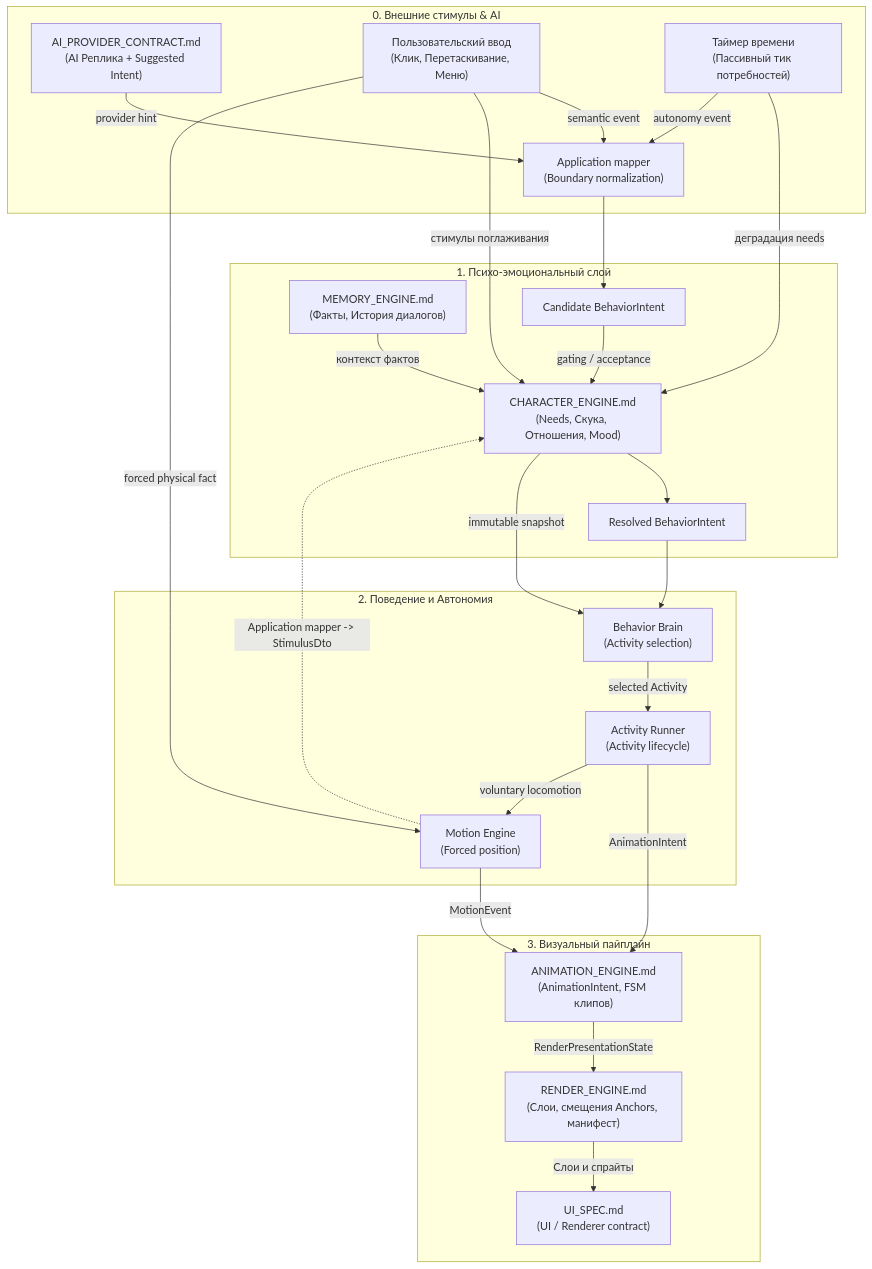
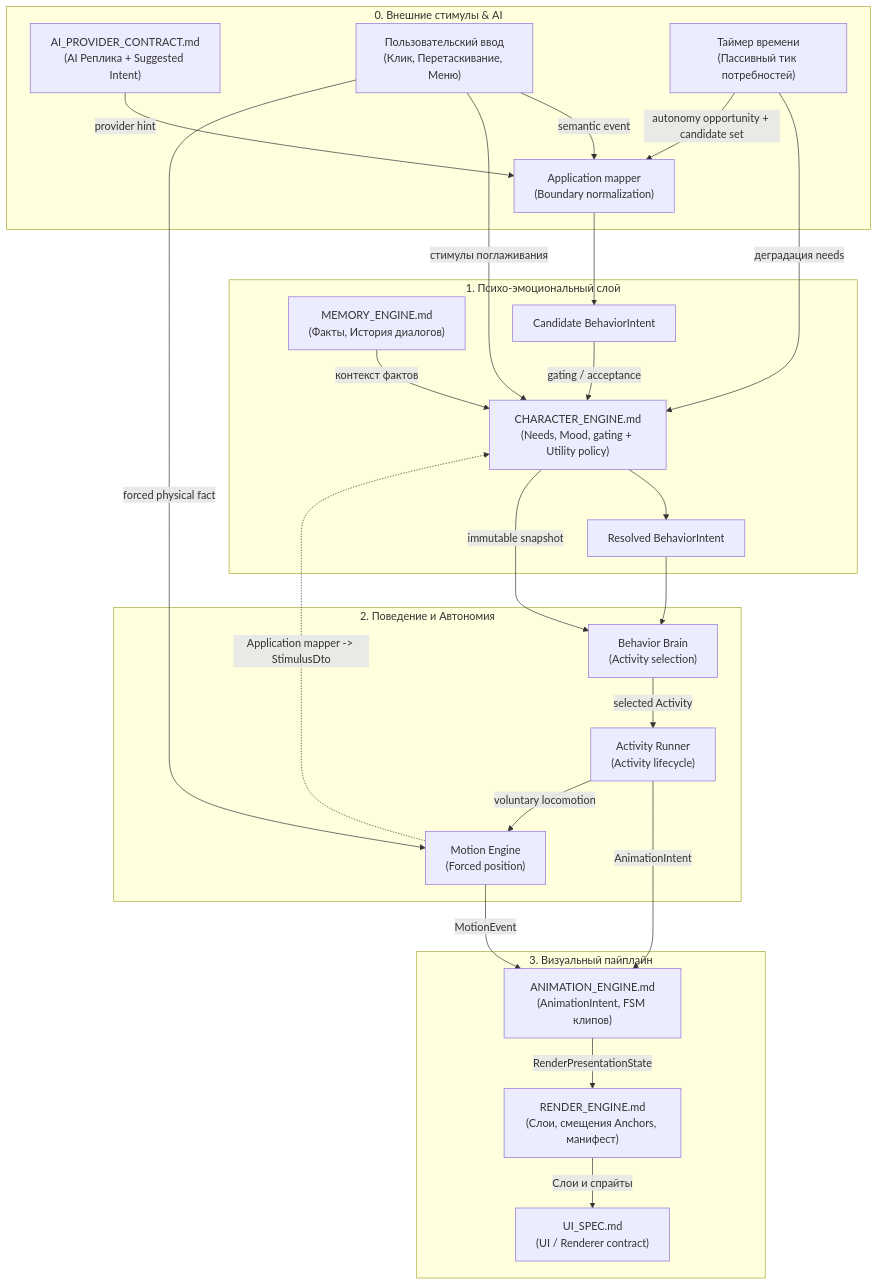
One commit to zyzycode/project_wisp changed the diagram in docs/engine/README.md. Above: the diagram before and after it, drawn with Mermaid. The commit also changed other lines of this file and 3 other files, not shown here.

Commit message:
docs(engine): record AUTO-A01 autonomy decision

````diff
--- a/docs/engine/README.md
+++ b/docs/engine/README.md
@@ -38,55 +38,55 @@
 ```mermaid
 flowchart TD
     subgraph External["0. Внешние стимулы & AI"]
         AI["AI_PROVIDER_CONTRACT.md\n(AI Реплика + Suggested Intent)"]
         UserEvents["Пользовательский ввод\n(Клик, Перетаскивание, Меню)"]
         Tick["Таймер времени\n(Пассивный тик потребностей)"]
         Mapper["Application mapper\n(Boundary normalization)"]
     end
 
     subgraph Mind["1. Психо-эмоциональный слой"]
-        CE["CHARACTER_ENGINE.md\n(Needs, Скука, Отношения, Mood)"]
+        CE["CHARACTER_ENGINE.md\n(Needs, Mood, gating + Utility policy)"]
         Mem["MEMORY_ENGINE.md\n(Факты, История диалогов)"]
         Candidate["Candidate BehaviorIntent"]
         Resolved["Resolved BehaviorIntent"]
     end
 
     subgraph Motion["2. Поведение и Автономия"]
         Brain["Behavior Brain\n(Activity selection)"]
         Runner["Activity Runner\n(Activity lifecycle)"]
         Physics["Motion Engine\n(Forced position)"]
     end
 
     subgraph Visual["3. Визуальный пайплайн"]
         AE["ANIMATION_ENGINE.md\n(AnimationIntent, FSM клипов)"]
         RE["RENDER_ENGINE.md\n(Слои, смещения Anchors, манифест)"]
         UI["UI_SPEC.md\n(UI / Renderer contract)"]
     end
 
     %% Потоки стимулов
     Tick -->|деградация needs| CE
     AI -->|provider hint| Mapper
     UserEvents -->|semantic event| Mapper
-    Tick -->|autonomy event| Mapper
+    Tick -->|autonomy opportunity + candidate set| Mapper
     Mapper --> Candidate
     Candidate -->|gating / acceptance| CE
     CE --> Resolved
     UserEvents -->|стимулы поглаживания| CE
     UserEvents -->|forced physical fact| Physics
 
     %% Психология -> Выбор поведения
     Mem -->|контекст фактов| CE
     Resolved --> Brain
     CE -->|immutable snapshot| Brain
     Brain -->|selected Activity| Runner
 
     %% Shimeji -> Визуализация
     Runner -->|AnimationIntent| AE
     Physics -->|MotionEvent| AE
     Runner -->|voluntary locomotion| Physics
     AE -->|RenderPresentationState| RE
     RE -->|Слои и спрайты| UI
 
     %% Обратная связь физики в психологию
     Physics -.->|Application mapper -> StimulusDto| CE
 ```
````
